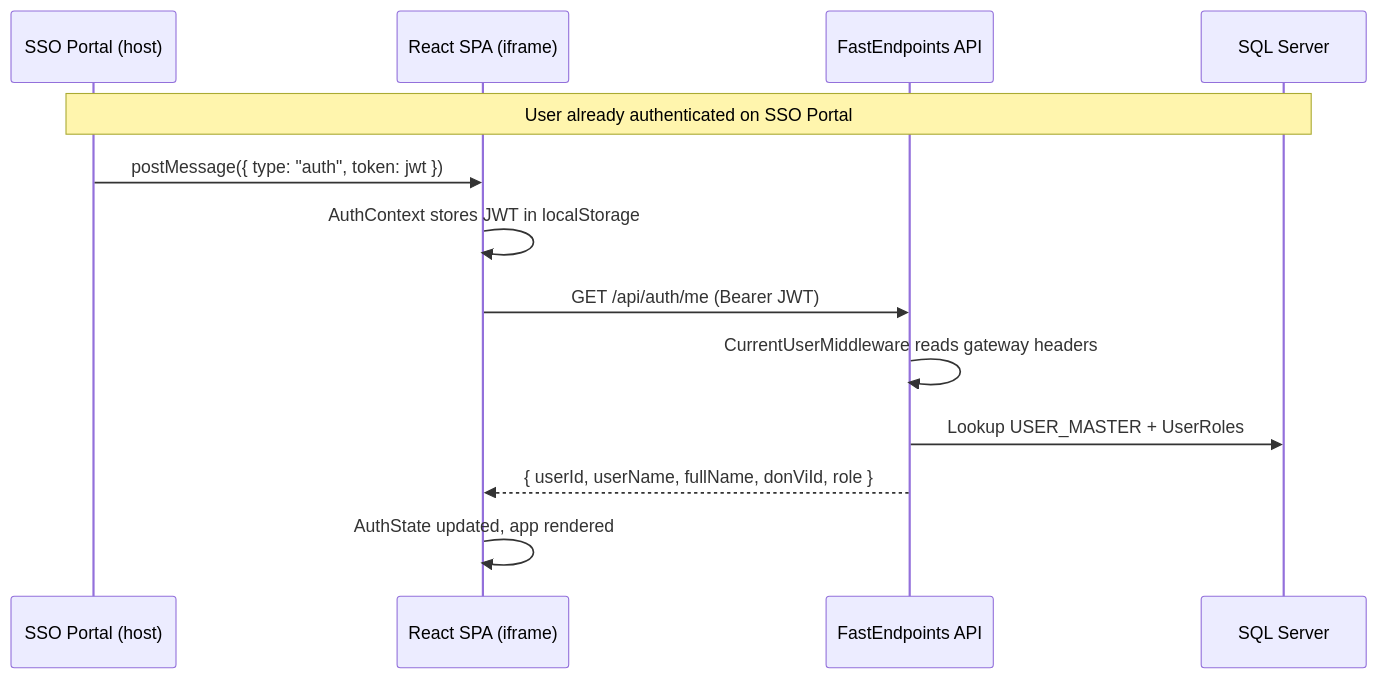
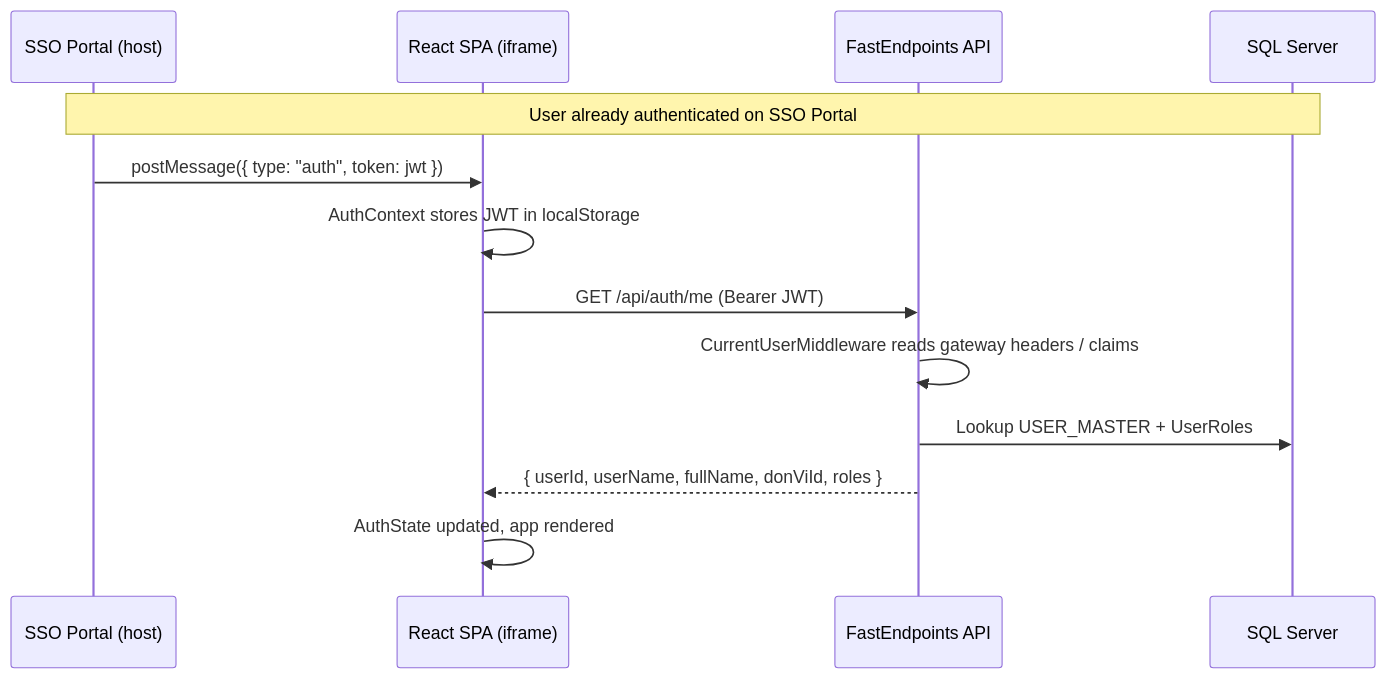
Before and after one commit to Ali-AnNT/qlnp-ttcds: the fourth of 7 diagrams in docs/system-architecture.md, drawn with Mermaid. The commit also changed other lines of this file and 39 other files, not shown here.

````diff
--- a/docs/system-architecture.md
+++ b/docs/system-architecture.md
@@ -215,16 +219,16 @@
 ```mermaid
 sequenceDiagram
     participant Host as SSO Portal (host)
     participant R as React SPA (iframe)
     participant API as FastEndpoints API
     participant DB as SQL Server
 
     Note over Host,DB: User already authenticated on SSO Portal
     Host->>R: postMessage({ type: "auth", token: jwt })
     R->>R: AuthContext stores JWT in localStorage
     R->>API: GET /api/auth/me (Bearer JWT)
-    API->>API: CurrentUserMiddleware reads gateway headers
+    API->>API: CurrentUserMiddleware reads gateway headers / claims
     API->>DB: Lookup USER_MASTER + UserRoles
-    API-->>R: { userId, userName, fullName, donViId, role }
+    API-->>R: { userId, userName, fullName, donViId, roles }
     R->>R: AuthState updated, app rendered
 ```
````
